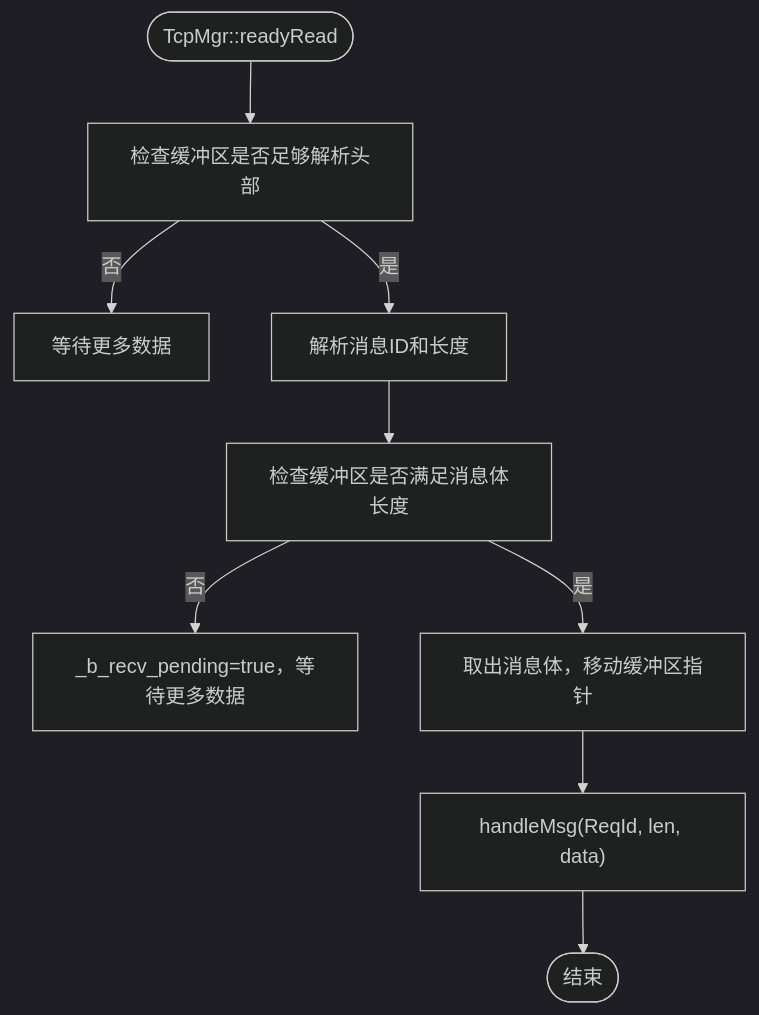
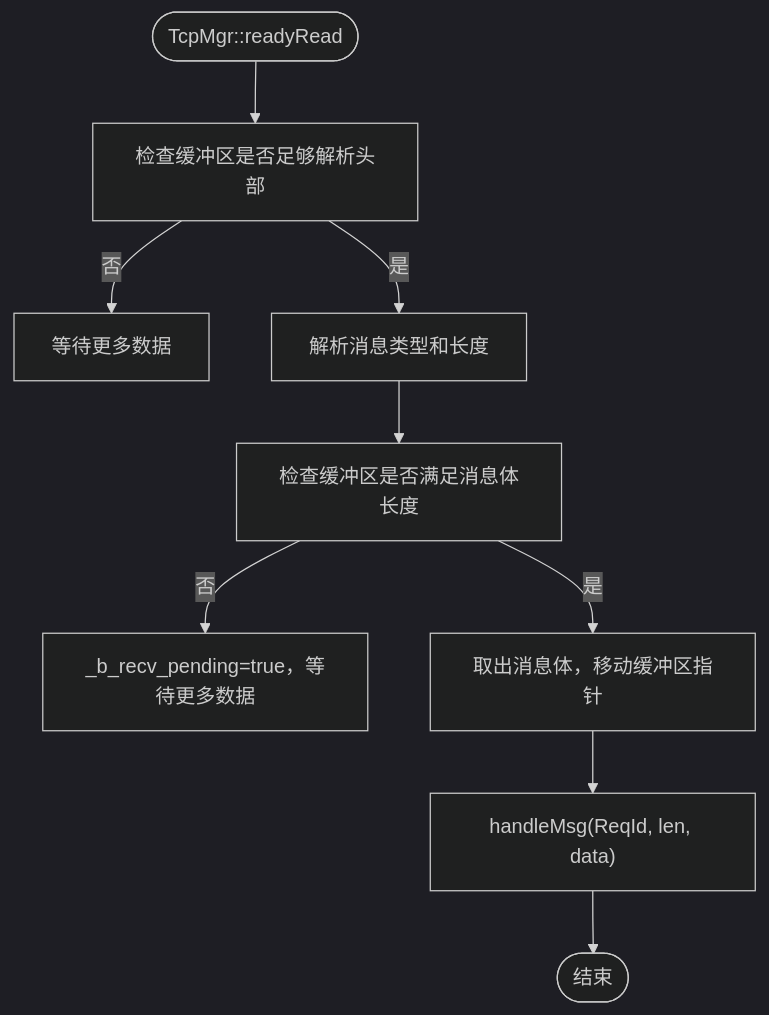
Before and after one commit to echo9923/mychatter: the third of 9 diagrams in .qoder/repowiki/zh/content/网络通信/TCP通信协议/TCP连接管理.md, drawn with Mermaid (dark theme). The commit also changed other lines of this file and 128 other files, not shown here.

````diff
--- a/.qoder/repowiki/zh/content/网络通信/TCP通信协议/TCP连接管理.md
+++ b/.qoder/repowiki/zh/content/网络通信/TCP通信协议/TCP连接管理.md
@@ -150,11 +150,11 @@
 ```mermaid
 flowchart TD
 Start(["TcpMgr::readyRead"]) --> CheckHead["检查缓冲区是否足够解析头部"]
 CheckHead --> |否| WaitMore["等待更多数据"]
-CheckHead --> |是| ParseHead["解析消息ID和长度"]
+CheckHead --> |是| ParseHead["解析消息类型和长度"]
 ParseHead --> CheckBody["检查缓冲区是否满足消息体长度"]
 CheckBody --> |否| SetPending["_b_recv_pending=true，等待更多数据"]
 CheckBody --> |是| ReadBody["取出消息体，移动缓冲区指针"]
 ReadBody --> Dispatch["handleMsg(ReqId, len, data)"]
 Dispatch --> End(["结束"])
 ```
````
